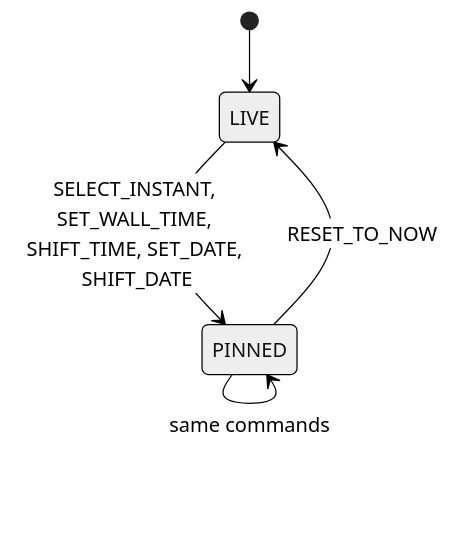
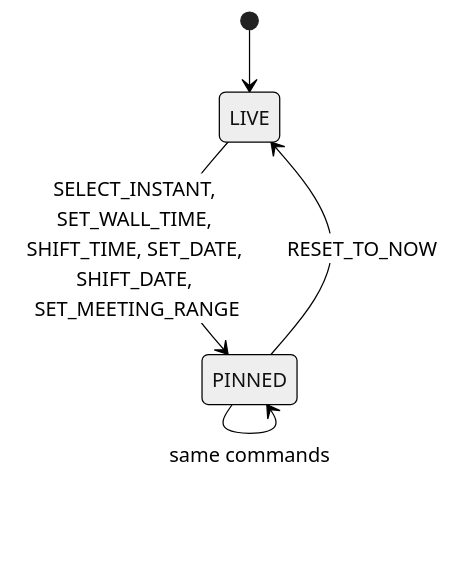
Before and after one commit to oinsio/time-zones: the second of 2 diagrams in docs/architecture/domain-model.md, drawn with Mermaid (neutral theme). The commit also changed other lines of this file and 29 other files, not shown here.

First line of the commit message:
Document the Grid view: meeting range, layout and screens (#105)

````diff
--- a/docs/architecture/domain-model.md
+++ b/docs/architecture/domain-model.md
@@ -77,7 +88,7 @@
 ```mermaid
 stateDiagram-v2
     [*] --> LIVE
-    LIVE --> PINNED: SELECT_INSTANT, SET_WALL_TIME, SHIFT_TIME, SET_DATE, SHIFT_DATE
+    LIVE --> PINNED: SELECT_INSTANT, SET_WALL_TIME, SHIFT_TIME, SET_DATE, SHIFT_DATE, SET_MEETING_RANGE
     PINNED --> PINNED: same commands
     PINNED --> LIVE: RESET_TO_NOW
 ```
````
